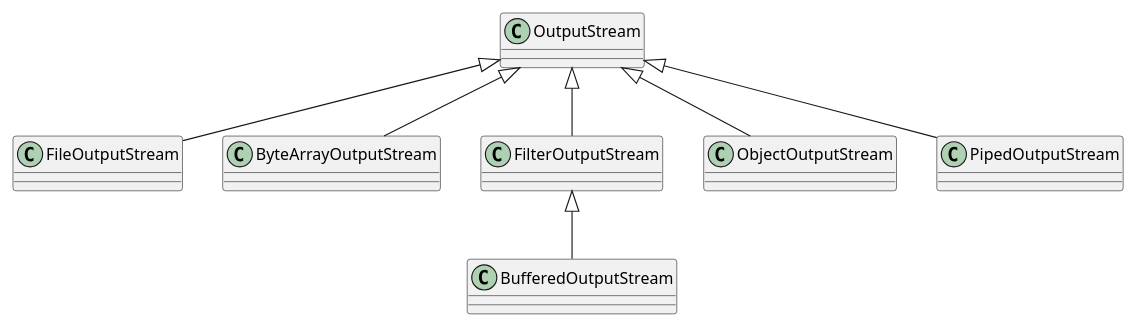
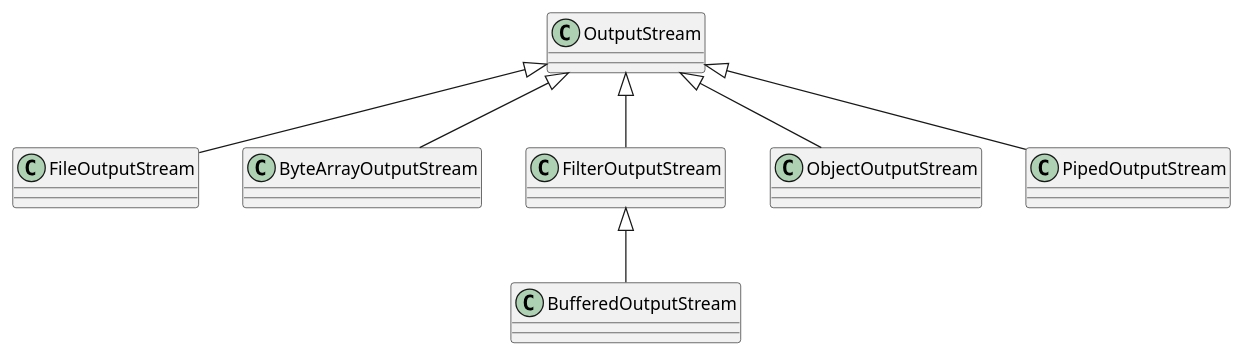
The second of 2 diagrams in org/2014-03-12-java-io.org (ccdevote/ccdevote.github.io), drawn with PlantUML before and after one commit. The commit also changed other lines of this file and 26 other files, not shown here.

```diff
--- a/org/2014-03-12-java-io.org
+++ b/org/2014-03-12-java-io.org
@@ -40,11 +39,10 @@
 #+BEGIN_SRC plantuml :file ../images/outputstream.png :cmdline -charset UTF-8
 @startuml
-scale 900 width
 OutputStream <|--FileOutputStream
 OutputStream <|--ByteArrayOutputStream
 OutputStream <|--FilterOutputStream
 OutputStream <|--ObjectOutputStream
 OutputStream <|--PipedOutputStream
 FilterOutputStream <|--BufferedOutputStream
 @enduml
 #+END_SRC
```
